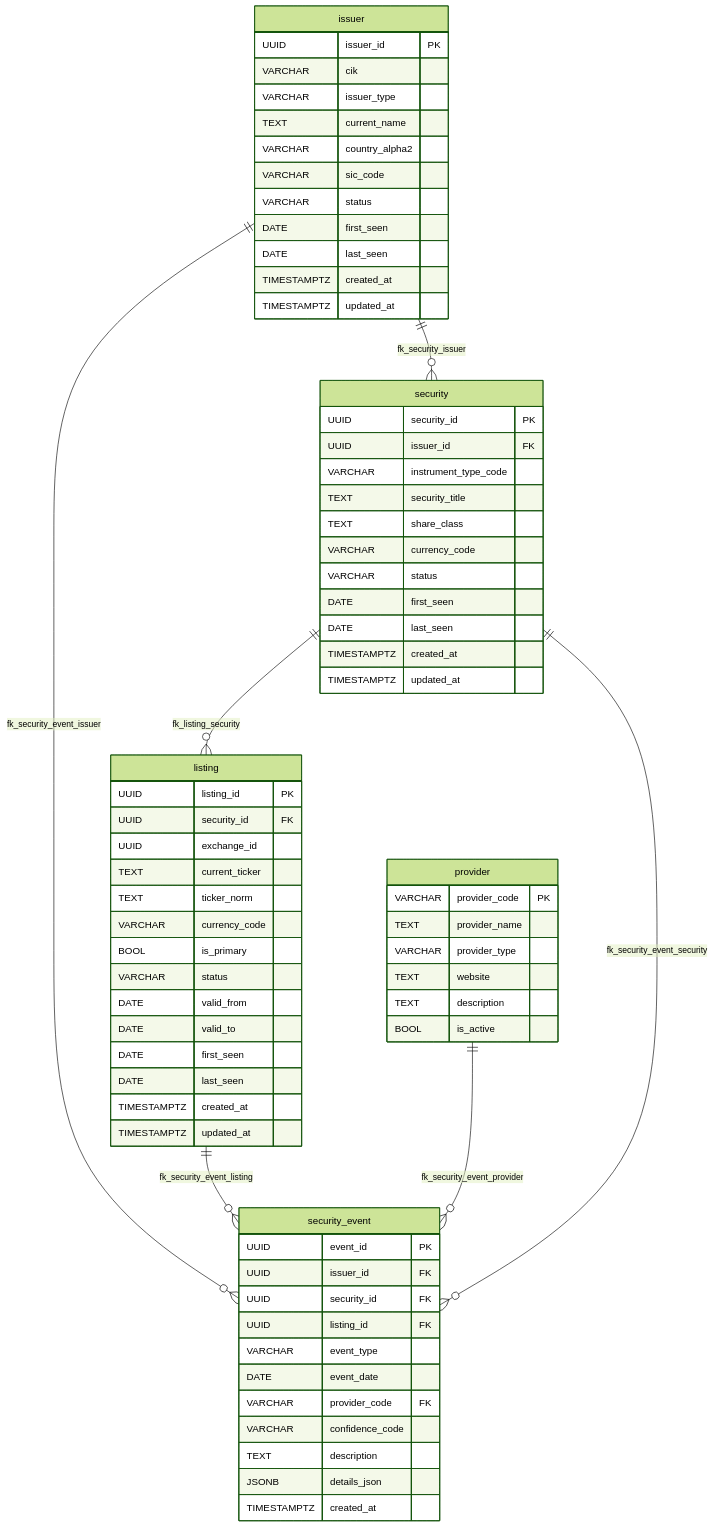
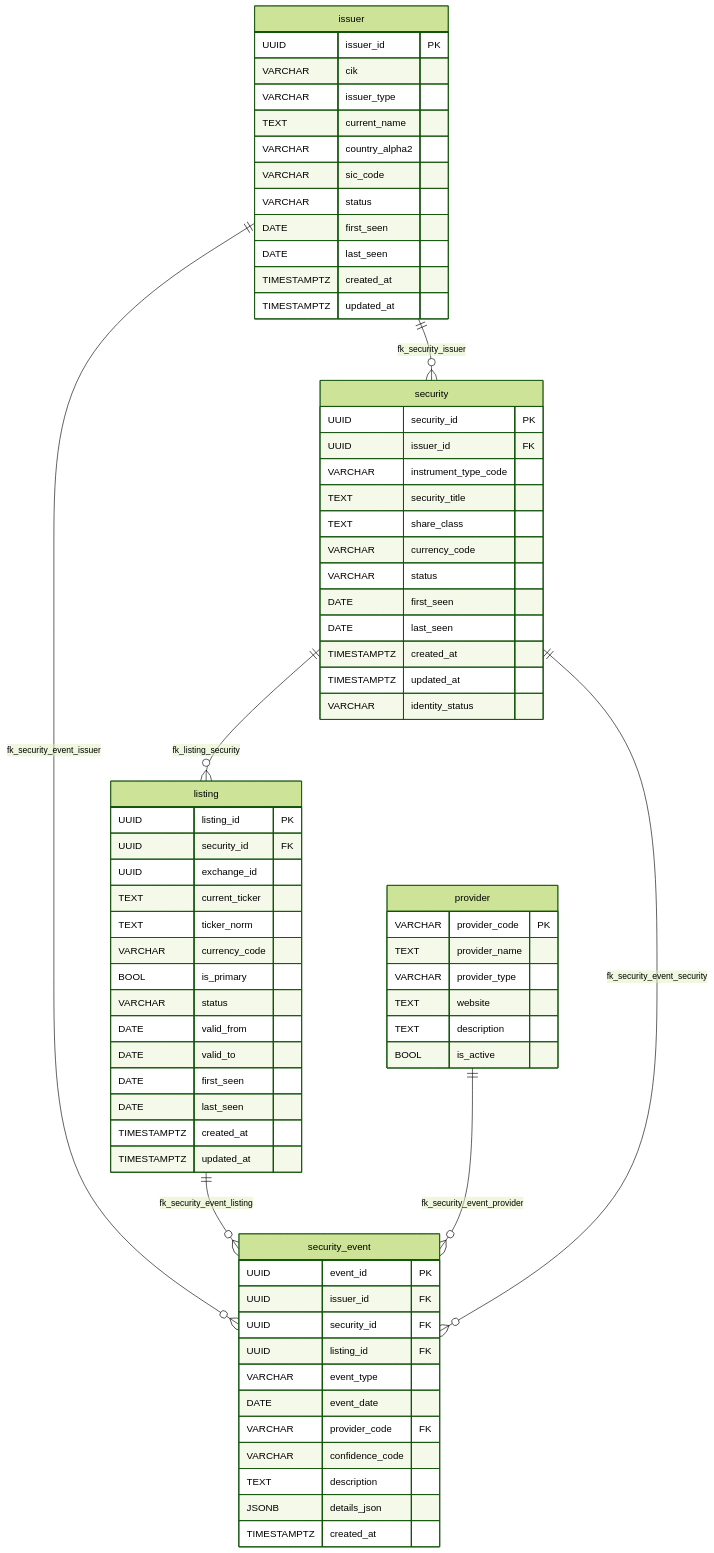
The diagram in docs/db/stonks/generated/erd-groups/security-events.md (cmhettinger/empire), drawn with Mermaid (forest theme) before and after one commit. The commit also changed 23 other files, not shown here.

````diff
--- a/docs/db/stonks/generated/erd-groups/security-events.md
+++ b/docs/db/stonks/generated/erd-groups/security-events.md
@@ -1,77 +1,78 @@
 ```mermaid
 erDiagram
   issuer {
     UUID issuer_id PK
     VARCHAR cik
     VARCHAR issuer_type
     TEXT current_name
     VARCHAR country_alpha2
     VARCHAR sic_code
     VARCHAR status
     DATE first_seen
     DATE last_seen
     TIMESTAMPTZ created_at
     TIMESTAMPTZ updated_at
   }
 
   listing {
     UUID listing_id PK
     UUID security_id FK
     UUID exchange_id
     TEXT current_ticker
     TEXT ticker_norm
     VARCHAR currency_code
     BOOL is_primary
     VARCHAR status
     DATE valid_from
     DATE valid_to
     DATE first_seen
     DATE last_seen
     TIMESTAMPTZ created_at
     TIMESTAMPTZ updated_at
   }
 
   provider {
     VARCHAR provider_code PK
     TEXT provider_name
     VARCHAR provider_type
     TEXT website
     TEXT description
     BOOL is_active
   }
 
   security {
     UUID security_id PK
     UUID issuer_id FK
     VARCHAR instrument_type_code
     TEXT security_title
     TEXT share_class
     VARCHAR currency_code
     VARCHAR status
     DATE first_seen
     DATE last_seen
     TIMESTAMPTZ created_at
     TIMESTAMPTZ updated_at
+    VARCHAR identity_status
   }
 
   security_event {
     UUID event_id PK
     UUID issuer_id FK
     UUID security_id FK
     UUID listing_id FK
     VARCHAR event_type
     DATE event_date
     VARCHAR provider_code FK
     VARCHAR confidence_code
     TEXT description
     JSONB details_json
     TIMESTAMPTZ created_at
   }
 
   security ||--o{ listing : "fk_listing_security"
   issuer ||--o{ security : "fk_security_issuer"
   issuer ||--o{ security_event : "fk_security_event_issuer"
   listing ||--o{ security_event : "fk_security_event_listing"
   provider ||--o{ security_event : "fk_security_event_provider"
   security ||--o{ security_event : "fk_security_event_security"
 ```
````
